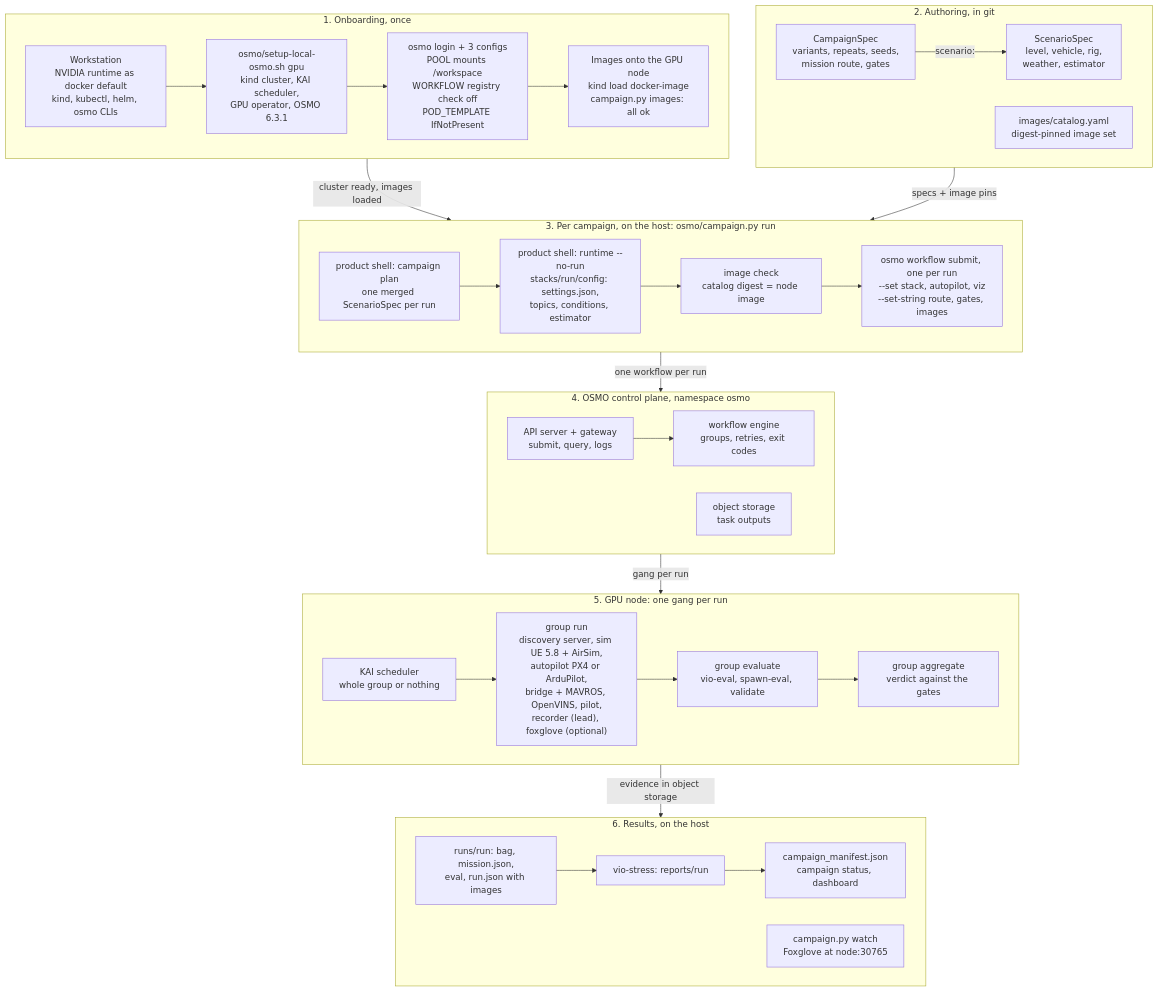
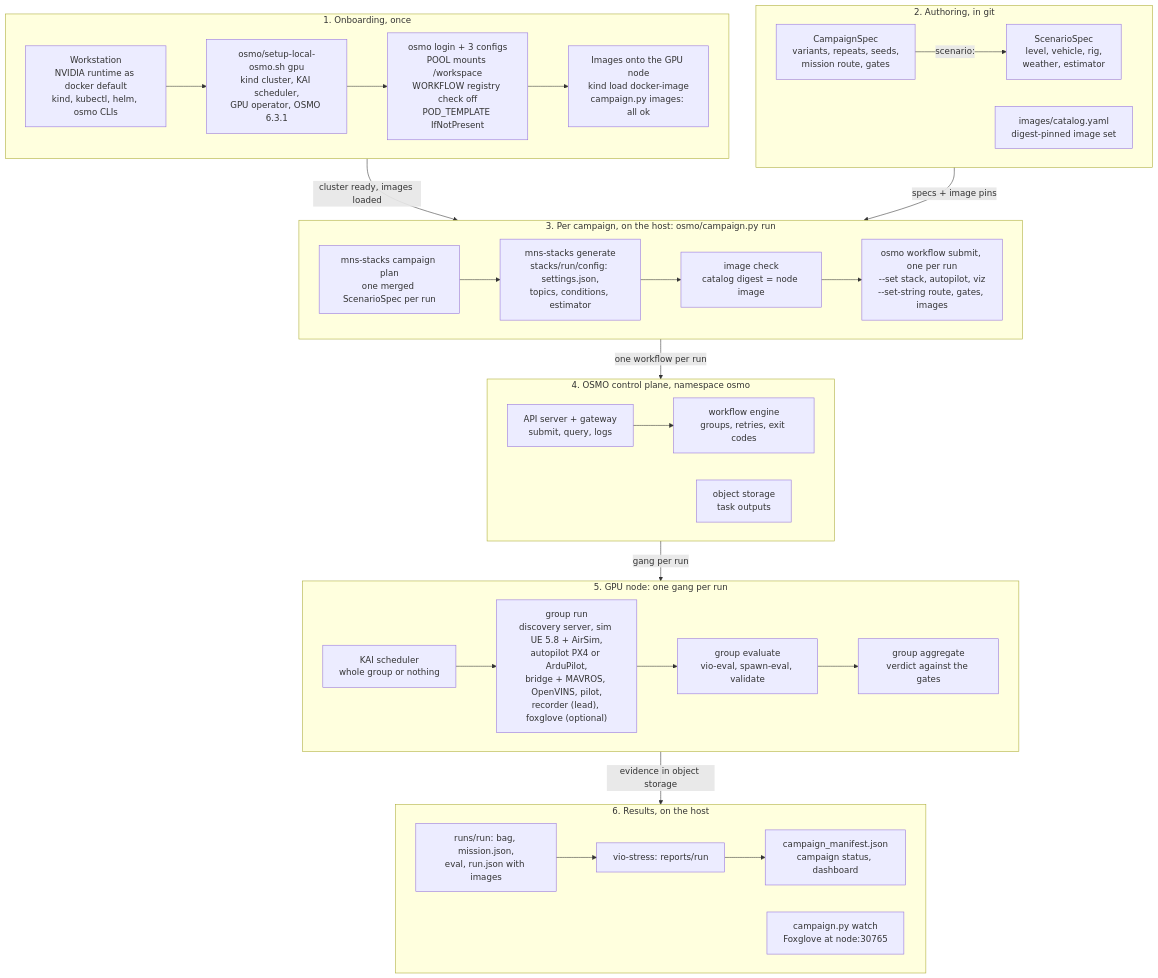
One commit to DinoHub/M-S-Simulation-Runtime-Stack changed the diagram in docs/diagrams/osmo-end-to-end.mermaid. Above: the diagram before and after it, drawn with Mermaid. The commit also changed 18 other files, not shown here.

First line of the commit message:
docs(v1): headless page, mns-stacks/mns-packs everywhere, restructure notes

```diff
--- a/docs/diagrams/osmo-end-to-end.mermaid
+++ b/docs/diagrams/osmo-end-to-end.mermaid
@@ -1,64 +1,64 @@
 %% TEVV on OSMO, as built (24 Sept 2026): from getting onto OSMO, through a
 %% CampaignSpec, to one gang-scheduled workflow per run and the scorecard.
 %% Sources: docs/osmo-runbook.md, docs/osmo-kubernetes-concepts.md,
 %% osmo/campaign.py, osmo/sim-bridge-vio.workflow.yaml.
 %% Render: npx -y @mermaid-js/mermaid-cli -i osmo-end-to-end.mermaid -o osmo-end-to-end.png -w 2400 -b white
 %%   (on Ubuntu 23.10+ add -p with {"args":["--no-sandbox"]} if Chromium reports no usable sandbox)
 flowchart TB
   subgraph ONB["1. Onboarding, once"]
     direction LR
     W1["Workstation<br/>NVIDIA runtime as docker default<br/>kind, kubectl, helm, osmo CLIs"]
     W2["osmo/setup-local-osmo.sh gpu<br/>kind cluster, KAI scheduler,<br/>GPU operator, OSMO 6.3.1"]
     W3["osmo login + 3 configs<br/>POOL mounts /workspace<br/>WORKFLOW registry check off<br/>POD_TEMPLATE IfNotPresent"]
     W4["Images onto the GPU node<br/>kind load docker-image<br/>campaign.py images: all ok"]
     W1 --> W2 --> W3 --> W4
   end
 
   subgraph AUTH["2. Authoring, in git"]
     direction LR
     CS["CampaignSpec<br/>variants, repeats, seeds,<br/>mission route, gates"]
     SS["ScenarioSpec<br/>level, vehicle, rig,<br/>weather, estimator"]
     CAT["images/catalog.yaml<br/>digest-pinned image set"]
     CS -->|"scenario:"| SS
   end
 
   subgraph HOST["3. Per campaign, on the host: osmo/campaign.py run"]
     direction LR
-    PLAN["product shell: campaign plan<br/>one merged ScenarioSpec per run"]
-    GEN["product shell: runtime --no-run<br/>stacks/run/config: settings.json,<br/>topics, conditions, estimator"]
+    PLAN["mns-stacks campaign plan<br/>one merged ScenarioSpec per run"]
+    GEN["mns-stacks generate<br/>stacks/run/config: settings.json,<br/>topics, conditions, estimator"]
     IMG["image check<br/>catalog digest = node image"]
     SUB["osmo workflow submit, one per run<br/>--set stack, autopilot, viz<br/>--set-string route, gates, images"]
     PLAN --> GEN --> IMG --> SUB
   end
 
   subgraph CP["4. OSMO control plane, namespace osmo"]
     direction LR
     API["API server + gateway<br/>submit, query, logs"]
     ENG["workflow engine<br/>groups, retries, exit codes"]
     S3["object storage<br/>task outputs"]
     API --> ENG
   end
 
   subgraph NODE["5. GPU node: one gang per run"]
     direction LR
     KAI["KAI scheduler<br/>whole group or nothing"]
     RUN["group run<br/>discovery server, sim UE 5.8 + AirSim,<br/>autopilot PX4 or ArduPilot,<br/>bridge + MAVROS, OpenVINS, pilot,<br/>recorder (lead), foxglove (optional)"]
     EVAL["group evaluate<br/>vio-eval, spawn-eval, validate"]
     AGG["group aggregate<br/>verdict against the gates"]
     KAI --> RUN --> EVAL --> AGG
   end
 
   subgraph OUT["6. Results, on the host"]
     direction LR
     PULL["runs/run: bag, mission.json,<br/>eval, run.json with images"]
     VS["vio-stress: reports/run"]
     MAN["campaign_manifest.json<br/>campaign status, dashboard"]
     WATCH["campaign.py watch<br/>Foxglove at node:30765"]
     PULL --> VS --> MAN
   end
 
   ONB -->|"cluster ready, images loaded"| HOST
   AUTH -->|"specs + image pins"| HOST
   HOST -->|"one workflow per run"| CP
   CP -->|"gang per run"| NODE
   NODE -->|"evidence in object storage"| OUT
```
